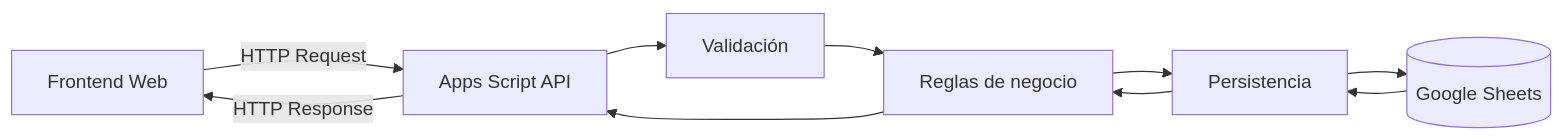
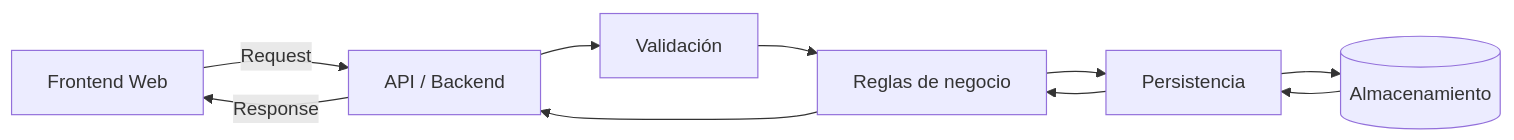
One commit to balderasalberto/eventos-sociales changed the first of 3 diagrams in docs/05-api.md. Above: the diagram before and after it, drawn with Mermaid. The commit also changed other lines of this file, not shown here.

Commit message:
docs: make API documentation implementation-portable

````diff
--- a/docs/05-api.md
+++ b/docs/05-api.md
@@ -11,12 +13,12 @@
 ```mermaid
 flowchart LR
-    FE[Frontend Web] -->|HTTP Request| API[Apps Script API]
+    FE[Frontend Web] -->|Request| API[API / Backend]
     API --> VAL[Validación]
     VAL --> BUS[Reglas de negocio]
     BUS --> DATA[Persistencia]
-    DATA --> GS[(Google Sheets)]
-    GS --> DATA
+    DATA --> STORE[(Almacenamiento)]
+    STORE --> DATA
     DATA --> BUS
     BUS --> API
-    API -->|HTTP Response| FE
+    API -->|Response| FE
 ```
````
